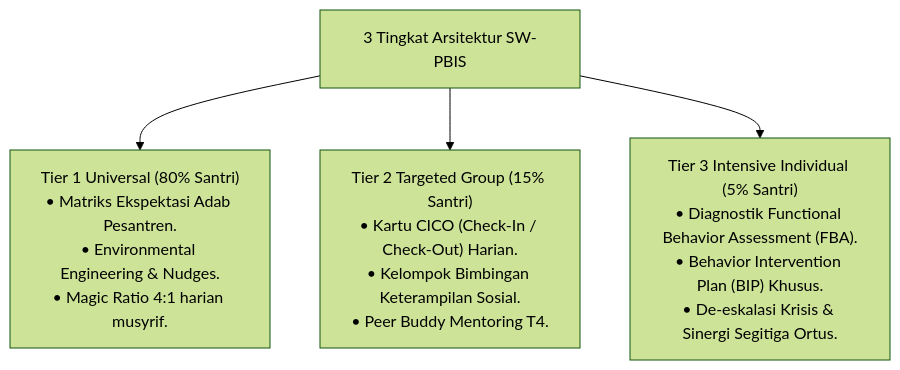
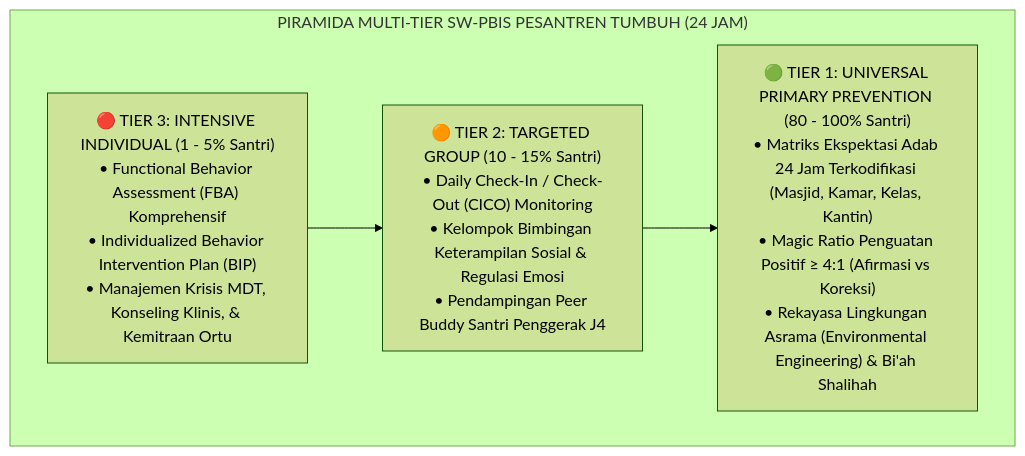
One commit to wandiapriliyandi/tumbuh changed the first of 2 diagrams in 08 Integrated Approaches/01 PBIS/P8-01-01-Arsitektur-SW-PBIS-Multi-Tier-Pesantren.md. Above: the diagram before and after it, drawn with Mermaid (forest theme). The commit also changed other lines of this file and 3 other files, not shown here.

````diff
--- a/08 Integrated Approaches/01 PBIS/P8-01-01-Arsitektur-SW-PBIS-Multi-Tier-Pesantren.md
+++ b/08 Integrated Approaches/01 PBIS/P8-01-01-Arsitektur-SW-PBIS-Multi-Tier-Pesantren.md
@@ -14,7 +28,9 @@
 ```mermaid
-graph TD
-    TierArchitecture["3 Tingkat Arsitektur SW-PBIS"]
-    TierArchitecture --> Tier1["Tier 1 Universal (80% Santri)<br/>• Matriks Ekspektasi Adab Pesantren.<br/>• Environmental Engineering & Nudges.<br/>• Magic Ratio 4:1 harian musyrif."]
-    TierArchitecture --> Tier2["Tier 2 Targeted Group (15% Santri)<br/>• Kartu CICO (Check-In / Check-Out) Harian.<br/>• Kelompok Bimbingan Keterampilan Sosial.<br/>• Peer Buddy Mentoring T4."]
-    TierArchitecture --> Tier3["Tier 3 Intensive Individual (5% Santri)<br/>• Diagnostik Functional Behavior Assessment (FBA).<br/>• Behavior Intervention Plan (BIP) Khusus.<br/>• De-eskalasi Krisis & Sinergi Segitiga Ortus."]
+flowchart TD
+    subgraph PBISPyramid["PIRAMIDA MULTI-TIER SW-PBIS PESANTREN TUMBUH (24 JAM)"]
+        T3["🔴 TIER 3: INTENSIVE INDIVIDUAL (1 - 5% Santri)<br/>• Functional Behavior Assessment (FBA) Komprehensif<br/>• Individualized Behavior Intervention Plan (BIP)<br/>• Manajemen Krisis MDT, Konseling Klinis, & Kemitraan Ortu"]
+        T2["🟠 TIER 2: TARGETED GROUP (10 - 15% Santri)<br/>• Daily Check-In / Check-Out (CICO) Monitoring<br/>• Kelompok Bimbingan Keterampilan Sosial & Regulasi Emosi<br/>• Pendampingan Peer Buddy Santri Penggerak J4"]
+        T1["🟢 TIER 1: UNIVERSAL PRIMARY PREVENTION (80 - 100% Santri)<br/>• Matriks Ekspektasi Adab 24 Jam Terkodifikasi (Masjid, Kamar, Kelas, Kantin)<br/>• Magic Ratio Penguatan Positif ≥ 4:1 (Afirmasi vs Koreksi)<br/>• Rekayasa Lingkungan Asrama (Environmental Engineering) & Bi'ah Shalihah"]
+        T3 --> T2 --> T1
+    end
 ```
````
